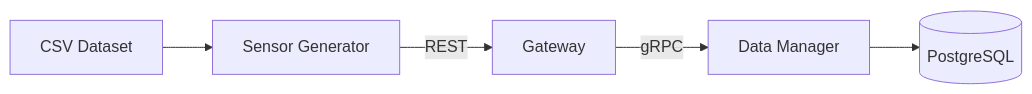
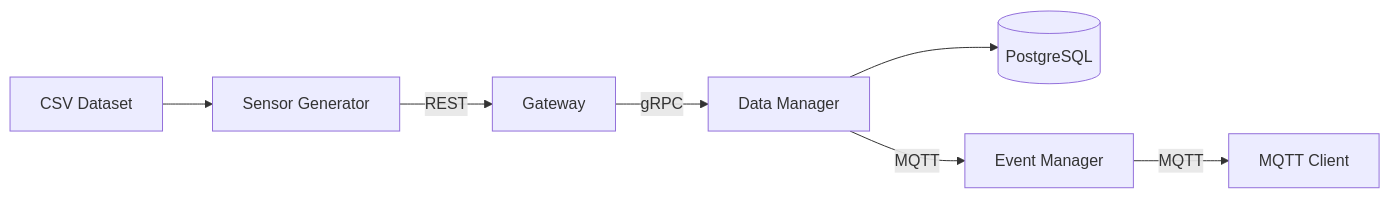
Before and after one commit to CJovan02/iots: the diagram in README.md, drawn with Mermaid.

````diff
--- a/README.md
+++ b/README.md
@@ -10,7 +10,9 @@
 ```mermaid
 graph LR
     CSV[CSV Dataset] --> SG[Sensor Generator]
     SG -->|REST| GW[Gateway]
     GW -->|gRPC| DM[Data Manager]
     DM --> DB[(PostgreSQL)]
+    DM -->|MQTT| EM[Event Manager]
+    EM -->|MQTT| MQT[MQTT Client]
 ```
````
